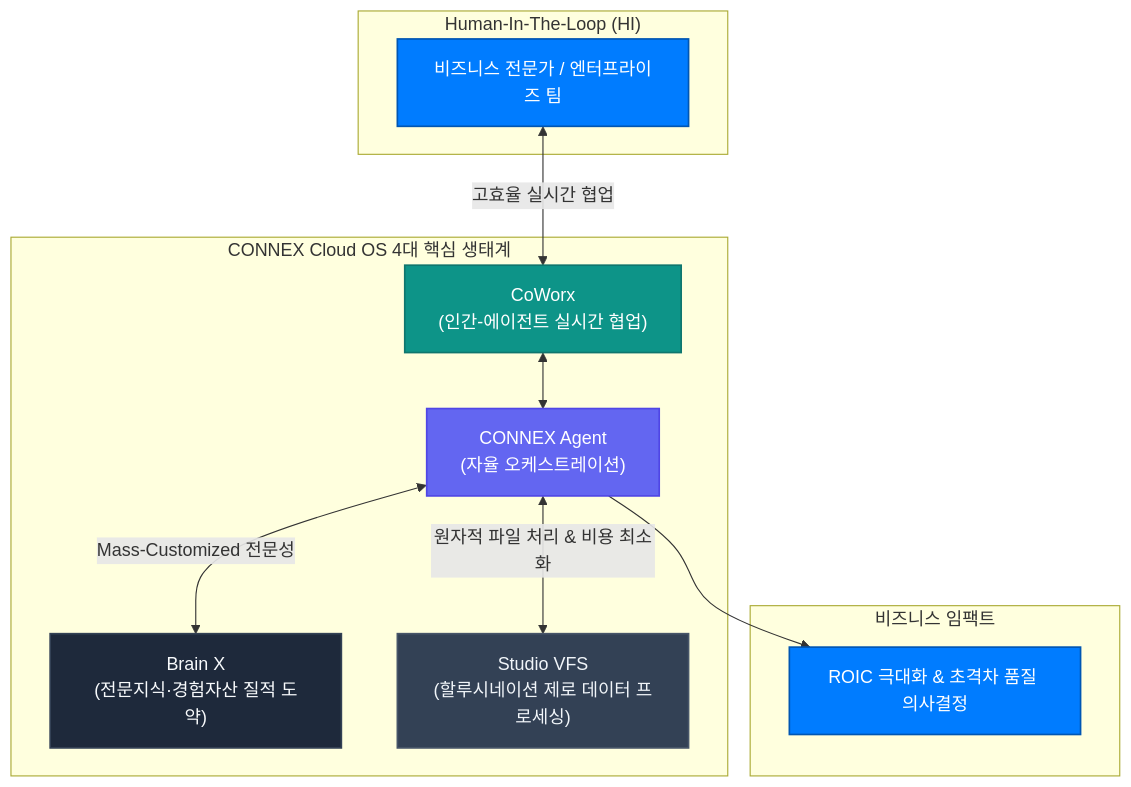
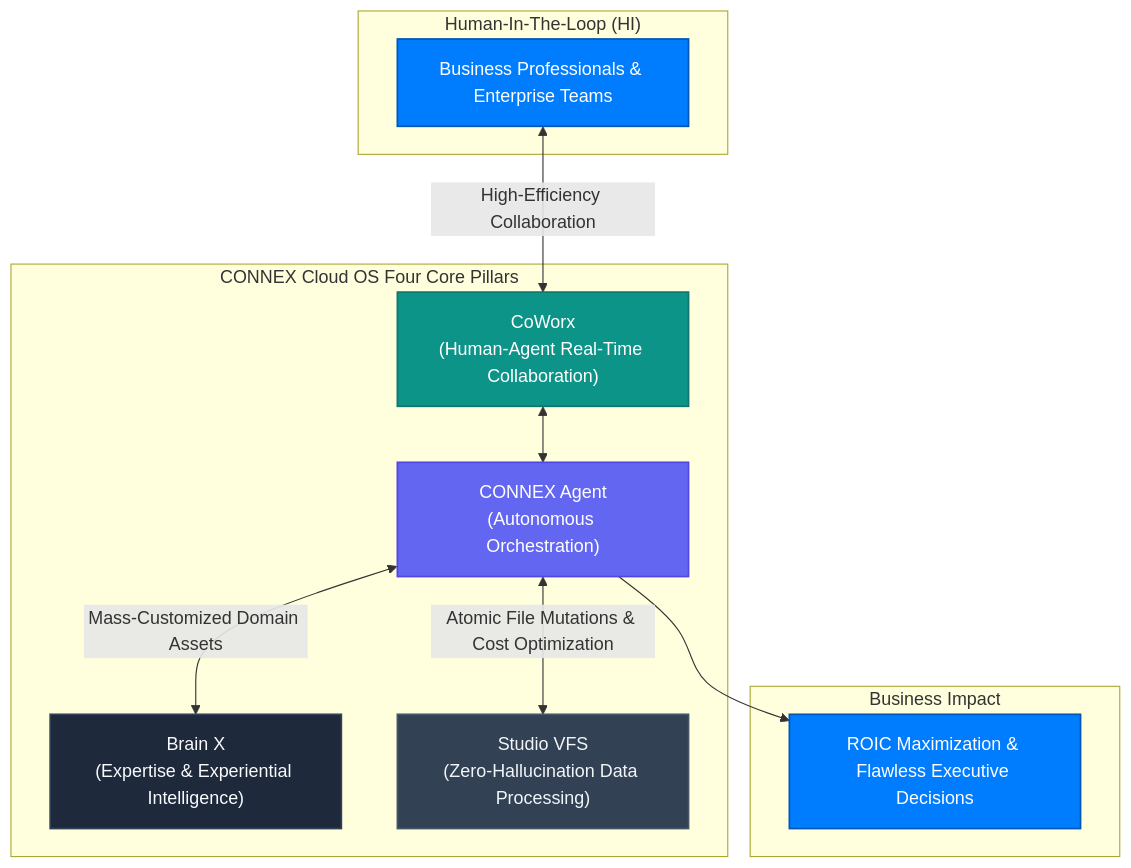
The diagram in README.md (Connex-Brothers-Consulting-Group/cbcg-hs-connex-docs), drawn with Mermaid before and after one commit. The commit also changed other lines of this file and 30 other files, not shown here.

````diff
--- a/README.md
+++ b/README.md
@@ -25,29 +25,29 @@
 ```mermaid
 graph TD
     classDef primary fill:#007CFF,stroke:#0056B3,stroke-width:1.5px,color:#FFFFFF;
     classDef enterprise fill:#1E293B,stroke:#334155,stroke-width:1.5px,color:#F8FAFC;
     classDef accent fill:#0D9488,stroke:#0F766E,stroke-width:1.5px,color:#FFFFFF;
     classDef storage fill:#334155,stroke:#475569,stroke-width:1.5px,color:#F1F5F9;
     classDef ai fill:#6366F1,stroke:#4F46E5,stroke-width:1.5px,color:#FFFFFF;
 
     subgraph UserLayer ["Human-In-The-Loop (HI)"]
-        User["비즈니스 전문가 / 엔터프라이즈 팀"]:::primary
+        User["Business Professionals & Enterprise Teams"]:::primary
     end
 
-    subgraph CoreOS ["CONNEX Cloud OS 4대 핵심 생태계"]
-        Agent["CONNEX Agent<br/>(자율 오케스트레이션)"]:::ai
-        CoWorx["CoWorx<br/>(인간-에이전트 실시간 협업)"]:::accent
-        BrainX["Brain X<br/>(전문지식·경험자산 질적 도약)"]:::enterprise
-        Studio["Studio VFS<br/>(할루시네이션 제로 데이터 프로세싱)"]:::storage
+    subgraph CoreOS ["CONNEX Cloud OS Four Core Pillars"]
+        Agent["CONNEX Agent<br/>(Autonomous Orchestration)"]:::ai
+        CoWorx["CoWorx<br/>(Human-Agent Real-Time Collaboration)"]:::accent
+        BrainX["Brain X<br/>(Expertise & Experiential Intelligence)"]:::enterprise
+        Studio["Studio VFS<br/>(Zero-Hallucination Data Processing)"]:::storage
     end
 
-    subgraph EnterpriseValue ["비즈니스 임팩트"]
-        Value["ROIC 극대화 & 초격차 품질 의사결정"]:::primary
+    subgraph EnterpriseValue ["Business Impact"]
+        Value["ROIC Maximization & Flawless Executive Decisions"]:::primary
     end
 
-    User <-->|고효율 실시간 협업| CoWorx
+    User <-->|High-Efficiency Collaboration| CoWorx
     CoWorx <--> Agent
-    Agent <-->|Mass-Customized 전문성| BrainX
-    Agent <-->|원자적 파일 처리 & 비용 최소화| Studio
+    Agent <-->|Mass-Customized Domain Assets| BrainX
+    Agent <-->|Atomic File Mutations & Cost Optimization| Studio
     Agent --> Value
 ```
````
